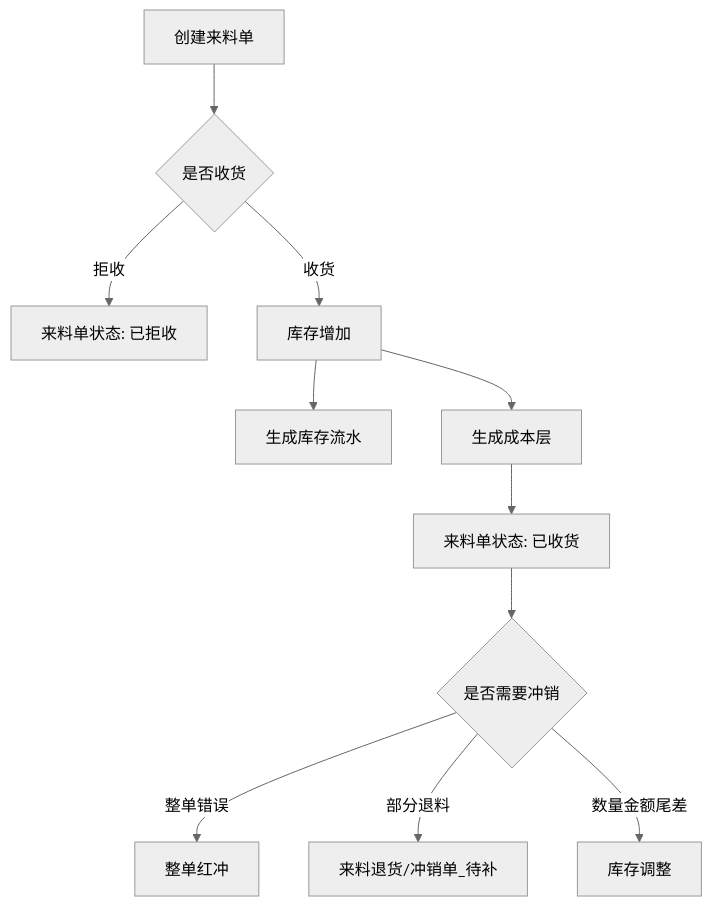
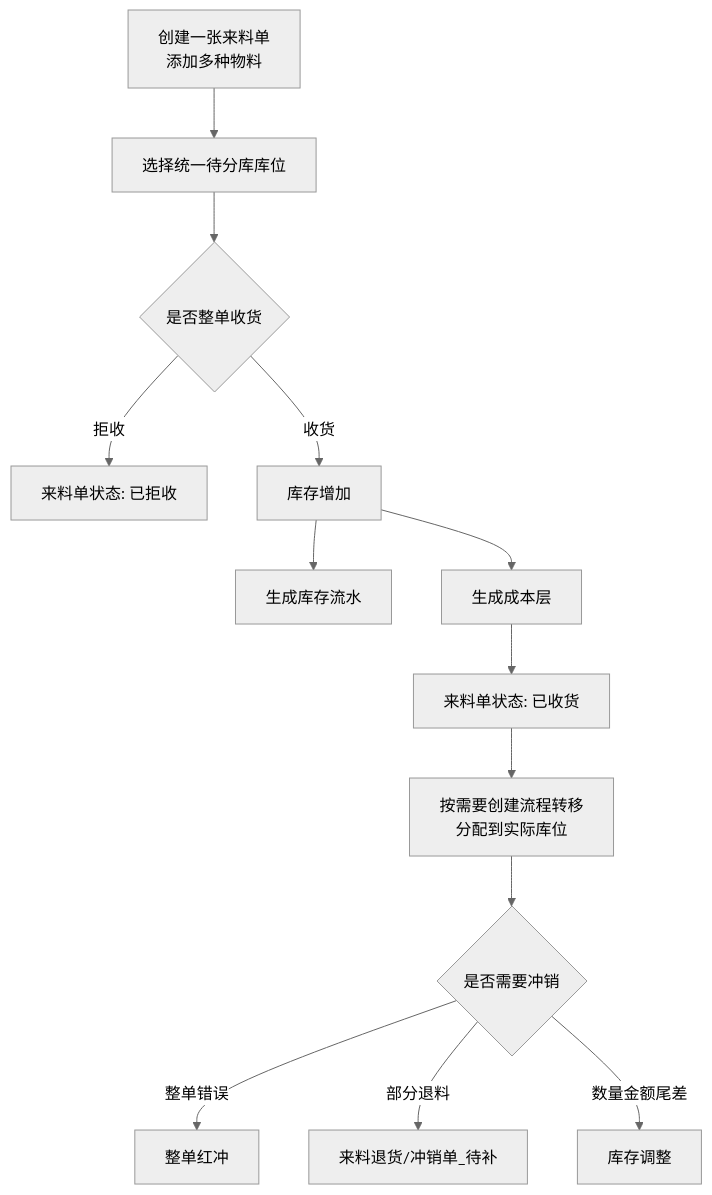
Before and after one commit to goldf2/mes-lite: the tenth of 18 diagrams in docs/minierp/system-function-flow.md, drawn with Mermaid (neutral theme). The commit also changed other lines of this file and 48 other files, not shown here.

````diff
--- a/docs/minierp/system-function-flow.md
+++ b/docs/minierp/system-function-flow.md
@@ -345,13 +345,15 @@
 ```mermaid
 flowchart TD
-  A["创建来料单"] --> B{"是否收货"}
+  A["创建一张来料单<br/>添加多种物料"] --> S["选择统一待分库库位"]
+  S --> B{"是否整单收货"}
   B -->|拒收| C["来料单状态: 已拒收"]
   B -->|收货| D["库存增加"]
   D --> E["生成库存流水"]
   D --> F["生成成本层"]
   F --> G["来料单状态: 已收货"]
-  G --> H{"是否需要冲销"}
+  G --> T["按需要创建流程转移<br/>分配到实际库位"]
+  T --> H{"是否需要冲销"}
   H -->|整单错误| I["整单红冲"]
   H -->|部分退料| J["来料退货/冲销单_待补"]
   H -->|数量金额尾差| K["库存调整"]
 ```
````
